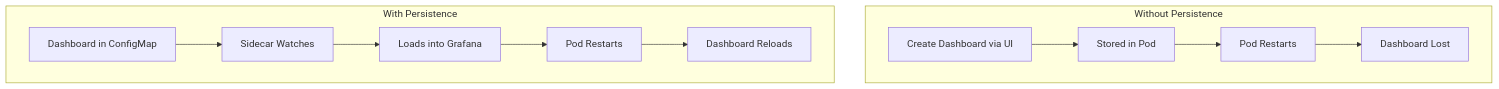
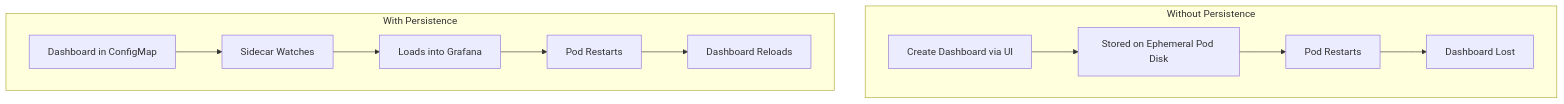
One commit to OneUptime/blog changed the diagram in posts/2025-12-17-persistent-grafana-dashboards-kubernetes/README.md. Above: the diagram before and after it, drawn with Mermaid. The commit also changed other lines of this file and 2 other files, not shown here.

````diff
--- a/posts/2025-12-17-persistent-grafana-dashboards-kubernetes/README.md
+++ b/posts/2025-12-17-persistent-grafana-dashboards-kubernetes/README.md
@@ -34,15 +34,15 @@
 ```mermaid
 flowchart TD
     subgraph Without Persistence
-        A[Create Dashboard via UI] --> B[Stored in Pod]
+        A[Create Dashboard via UI] --> B[Stored on Ephemeral Pod Disk]
         B --> C[Pod Restarts]
         C --> D[Dashboard Lost]
     end
 
     subgraph With Persistence
         E[Dashboard in ConfigMap] --> F[Sidecar Watches]
         F --> G[Loads into Grafana]
         G --> H[Pod Restarts]
         H --> I[Dashboard Reloads]
     end
 ```
````
